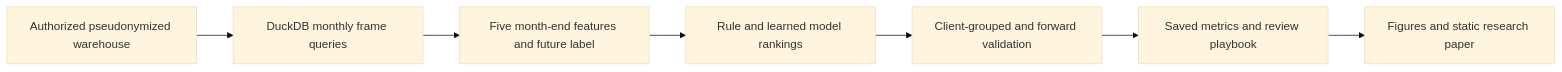
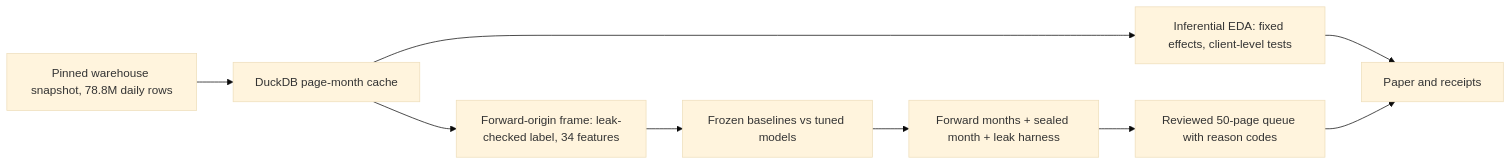
The diagram in README.md (Tessa-Saumu/FlyRank-ML-Internship), drawn with Mermaid (base theme) before and after one commit. The commit also changed other lines of this file and 55 other files, not shown here.

````diff
--- a/README.md
+++ b/README.md
@@ -15,9 +32,11 @@
 ```mermaid
 flowchart LR
-    A[Authorized pseudonymized warehouse] --> B[DuckDB monthly frame queries]
-    B --> C[Five month-end features and future label]
-    C --> D[Rule and learned model rankings]
-    D --> E[Client-grouped and forward validation]
-    E --> F[Saved metrics and review playbook]
-    F --> G[Figures and static research paper]
+    A[Pinned warehouse snapshot, 78.8M daily rows] --> B[DuckDB page-month cache]
+    B --> C[Inferential EDA: fixed effects, client-level tests]
+    B --> D[Forward-origin frame: leak-checked label, 34 features]
+    D --> E[Frozen baselines vs tuned models]
+    E --> F[Forward months + sealed month + leak harness]
+    F --> G[Reviewed 50-page queue with reason codes]
+    C --> H[Paper and receipts]
+    G --> H
 ```
````
